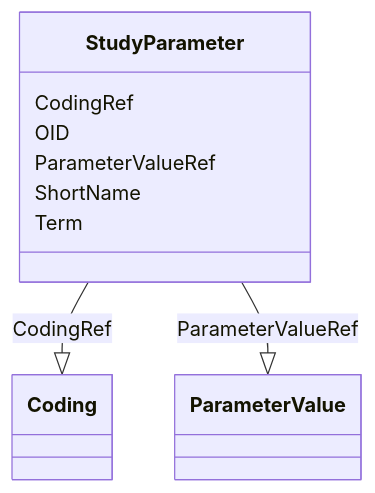
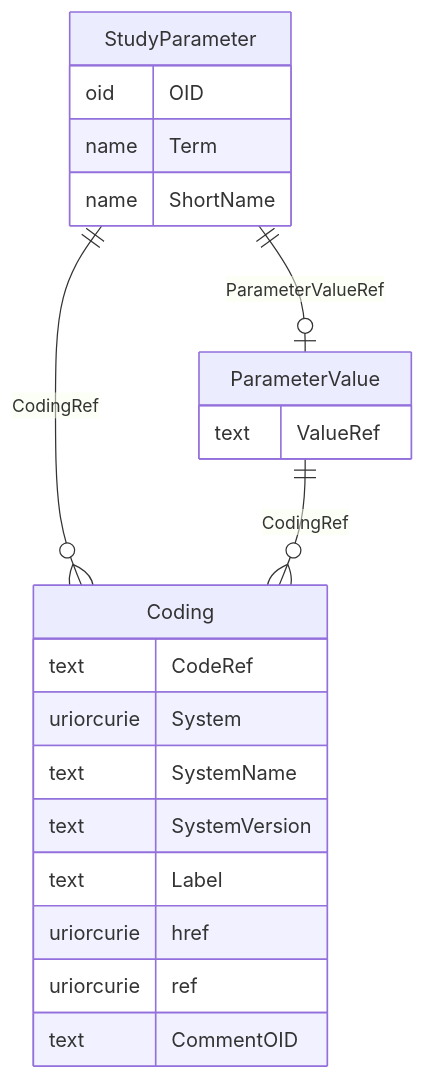
Before and after one commit to cdisc-org/DataExchange-ODM-LinkML: the diagram in docs/StudyParameter.md, drawn with Mermaid. The commit also changed other lines of this file and 181 other files, not shown here.

Commit message:
ER diagrams working via templates and removing names with underscores

````diff
--- a/docs/StudyParameter.md
+++ b/docs/StudyParameter.md
@@ -14,19 +11,26 @@
 ```mermaid
- classDiagram
-    class StudyParameter
-      StudyParameter : CodingRef
-        
-          StudyParameter --|> Coding : CodingRef
-        
-      StudyParameter : OID
-        
-      StudyParameter : ParameterValueRef
-        
-          StudyParameter --|> ParameterValue : ParameterValueRef
-        
-      StudyParameter : ShortName
-        
-      StudyParameter : Term
-        
-      
+erDiagram
+StudyParameter {
+    oid OID  
+    name Term  
+    name ShortName  
+}
+Coding {
+    text CodeRef  
+    uriorcurie System  
+    text SystemName  
+    text SystemVersion  
+    text Label  
+    uriorcurie href  
+    uriorcurie ref  
+    text CommentOID  
+}
+ParameterValue {
+    text ValueRef  
+}
+
+StudyParameter ||--|o ParameterValue : "ParameterValueRef"
+StudyParameter ||--}o Coding : "CodingRef"
+ParameterValue ||--}o Coding : "CodingRef"
+
 ```
````
